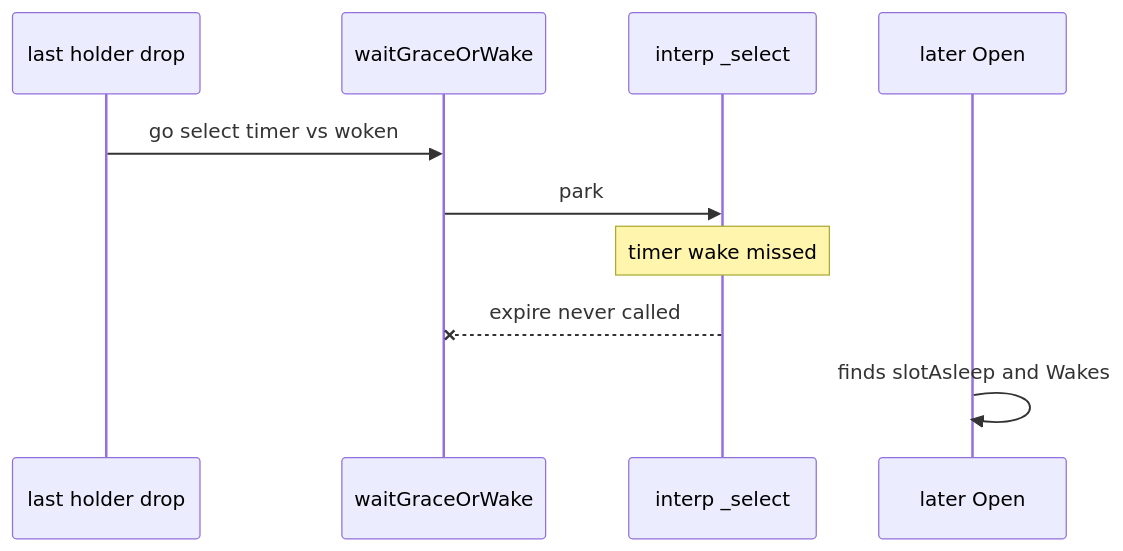
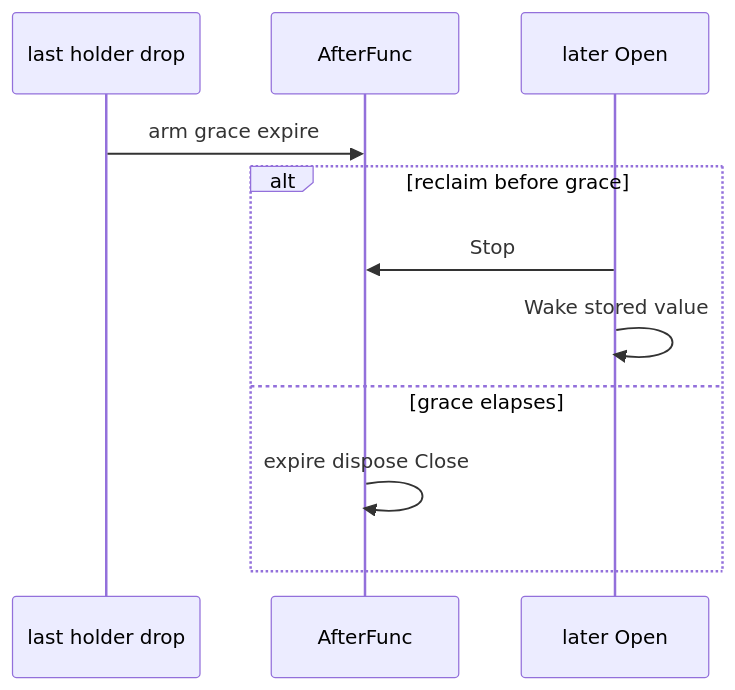
Before and after one commit to david-garcia-garcia/traefik-middleware-utilities: the diagram in devstate/2026/09/2026-09-13-reclaim-bug-yaegi-grace-select/card.md, drawn with Mermaid. The commit also changed other lines of this file and 2 other files, not shown here.

Commit message:
chore: final delivery card after green CI

````diff
--- a/devstate/2026/09/2026-09-13-reclaim-bug-yaegi-grace-select/card.md
+++ b/devstate/2026/09/2026-09-13-reclaim-bug-yaegi-grace-select/card.md
@@ -17,12 +17,13 @@
 ```mermaid
 sequenceDiagram
   participant Drop as last holder drop
-  participant Wait as waitGraceOrWake
-  participant Yaegi as interp _select
+  participant Timer as AfterFunc
   participant Open as later Open
-  Drop->>Wait: go select timer vs woken
-  Wait->>Yaegi: park
-  Note over Yaegi: timer wake missed
-  Yaegi--xWait: expire never called
-  Open->>Open: finds slotAsleep and Wakes
+  Drop->>Timer: arm grace expire
+  alt reclaim before grace
+    Open->>Timer: Stop
+    Open->>Open: Wake stored value
+  else grace elapses
+    Timer->>Timer: expire dispose Close
+  end
 ```
````
